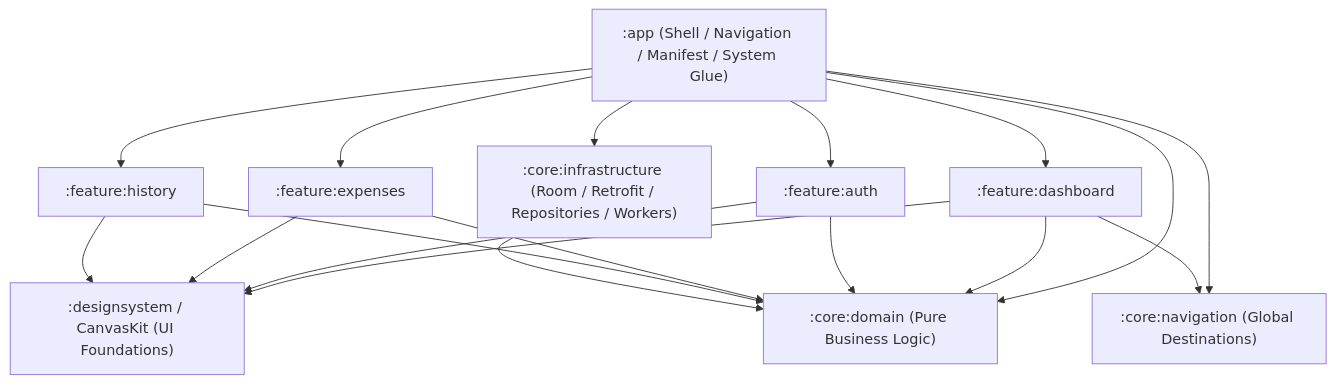
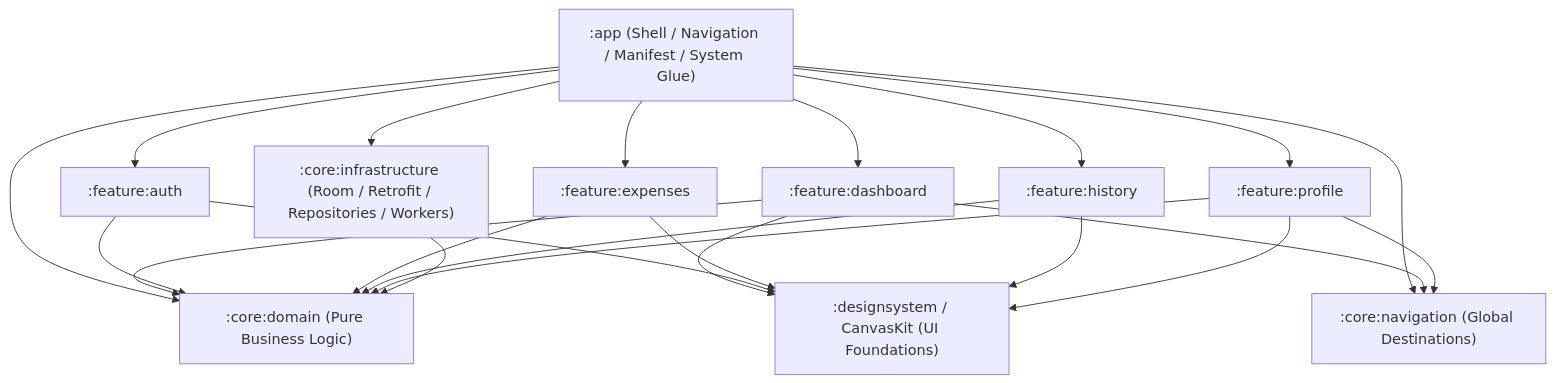
One commit to joshluq/kilomenos-android changed the diagram in docs/modularization_plan.md. Above: the diagram before and after it, drawn with Mermaid. The commit also changed other lines of this file and 93 other files, not shown here.

Commit message:
Modularize vehicle management and user profile logic by introducing the `:feature:fleet` and `:feature:profile` modules.

````diff
--- a/docs/modularization_plan.md
+++ b/docs/modularization_plan.md
@@ -85,33 +91,38 @@
 ```mermaid
 graph TD
     App[":app (Shell / Navigation / Manifest / System Glue)"]
     Domain[":core:domain (Pure Business Logic)"]
     Infra[":core:infrastructure (Room / Retrofit / Repositories / Workers)"]
     Nav[":core:navigation (Global Destinations)"]
     DesignSystem[":designsystem / CanvasKit (UI Foundations)"]
     FeatureAuth[":feature:auth"]
     FeatureDashboard[":feature:dashboard"]
     FeatureHistory[":feature:history"]
     FeatureExpenses[":feature:expenses"]
+    FeatureProfile[":feature:profile"]
 
     App --> FeatureAuth
     App --> FeatureDashboard
     App --> FeatureHistory
     App --> FeatureExpenses
+    App --> FeatureProfile
     App --> Infra
     App --> Domain
     App --> Nav
 
     FeatureDashboard --> Nav
     FeatureDashboard --> Domain
     FeatureDashboard --> DesignSystem
 
     FeatureAuth --> Domain
     FeatureAuth --> DesignSystem
     FeatureExpenses --> Domain
     FeatureExpenses --> DesignSystem
     FeatureHistory --> Domain
     FeatureHistory --> DesignSystem
+    FeatureProfile --> Domain
+    FeatureProfile --> DesignSystem
+    FeatureProfile --> Nav
 
     Infra --> Domain
 ```
````
